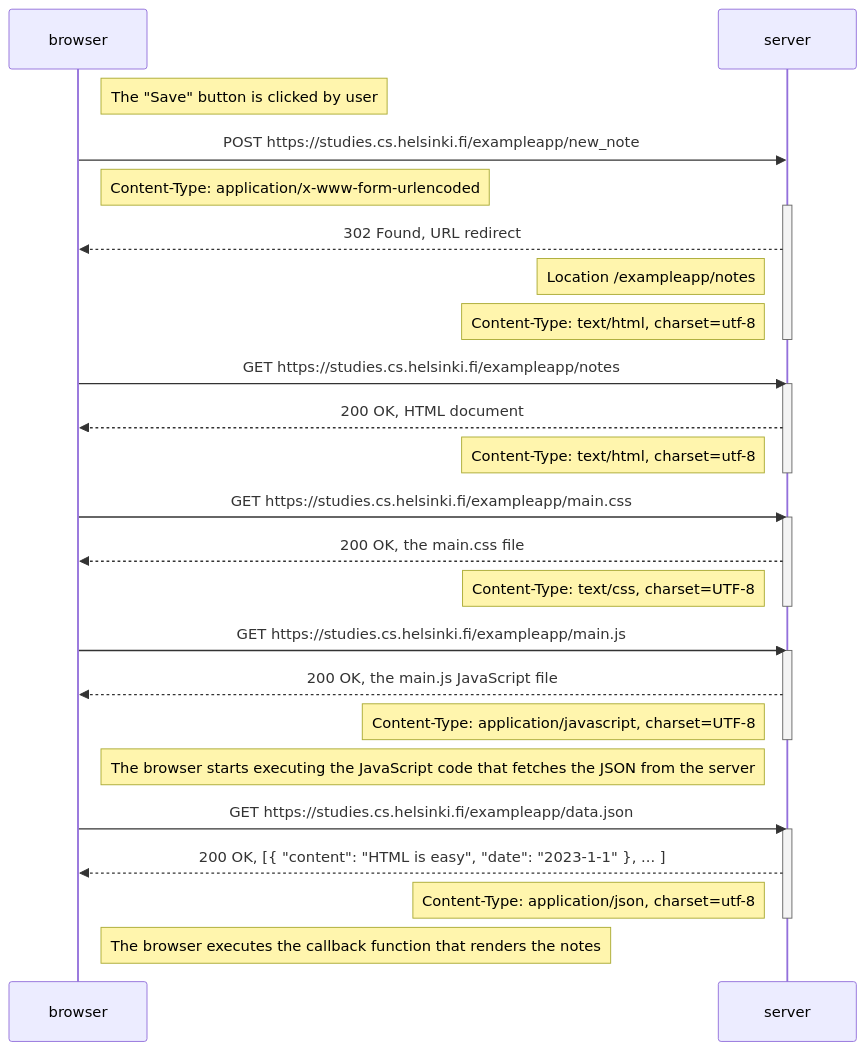
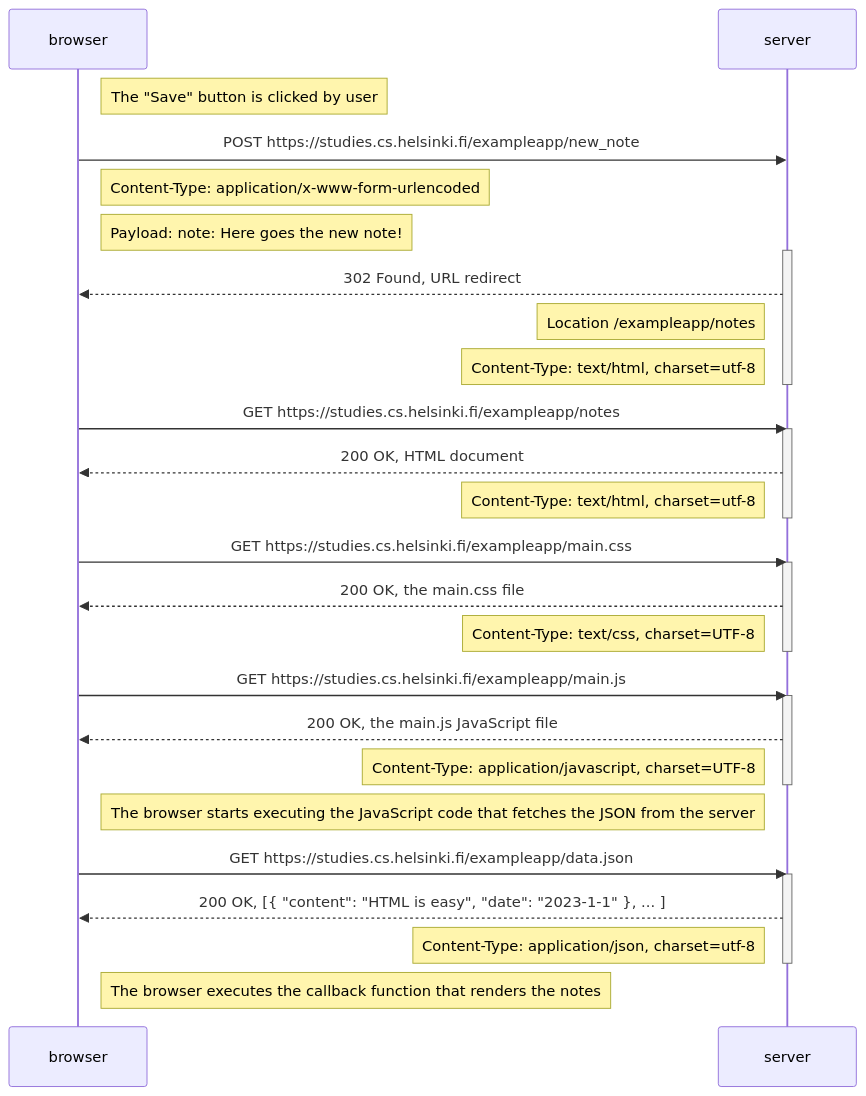
The diagram in FullStack_part0_0.4_NewNoteDiagram.md (sonata22/FullStack_part0), drawn with Mermaid before and after one commit.

````diff
--- a/FullStack_part0_0.4_NewNoteDiagram.md
+++ b/FullStack_part0_0.4_NewNoteDiagram.md
@@ -3,42 +3,43 @@
 ```mermaid
 sequenceDiagram
     participant browser
     participant server
 
     Note right of browser: The "Save" button is clicked by user
     browser->>server: POST https://studies.cs.helsinki.fi/exampleapp/new_note
     Note right of browser: Content-Type: application/x-www-form-urlencoded
+    Note right of browser: Payload: note: Here goes the new note!
     activate server
     server-->>browser: 302 Found, URL redirect
     Note left of server: Location /exampleapp/notes
     Note left of server: Content-Type: text/html, charset=utf-8
     deactivate server
     
     browser->>server: GET https://studies.cs.helsinki.fi/exampleapp/notes
     activate server
     server-->>browser: 200 OK, HTML document
     Note left of server: Content-Type: text/html, charset=utf-8
     deactivate server
 
     browser->>server: GET https://studies.cs.helsinki.fi/exampleapp/main.css
     activate server
     server-->>browser: 200 OK, the main.css file
     Note left of server: Content-Type: text/css, charset=UTF-8
     deactivate server
 
     browser->>server: GET https://studies.cs.helsinki.fi/exampleapp/main.js
     activate server
     server-->>browser: 200 OK, the main.js JavaScript file
     Note left of server: Content-Type: application/javascript, charset=UTF-8
     deactivate server
 
     Note right of browser: The browser starts executing the JavaScript code that fetches the JSON from the server
 
     browser->>server: GET https://studies.cs.helsinki.fi/exampleapp/data.json
     activate server
     server-->>browser: 200 OK, [{ "content": "HTML is easy", "date": "2023-1-1" }, ... ]
     Note left of server: Content-Type: application/json, charset=utf-8
     deactivate server
 
     Note right of browser: The browser executes the callback function that renders the notes
 ```
````
